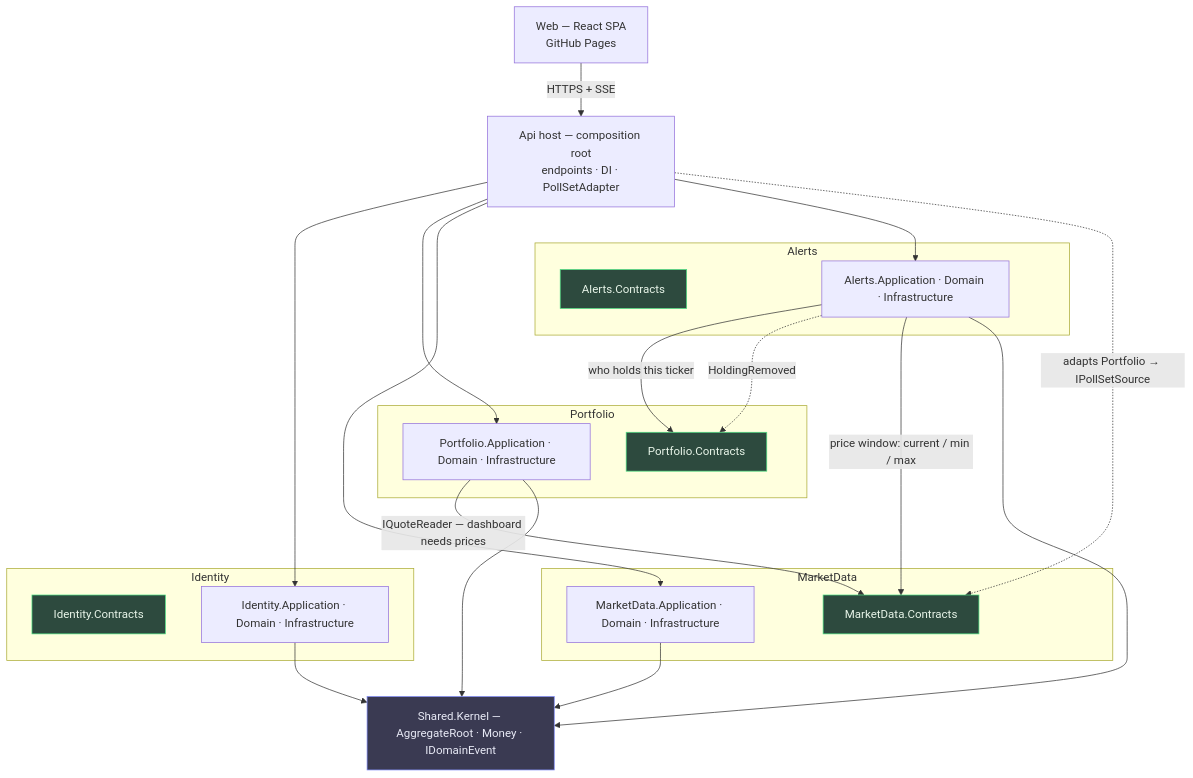
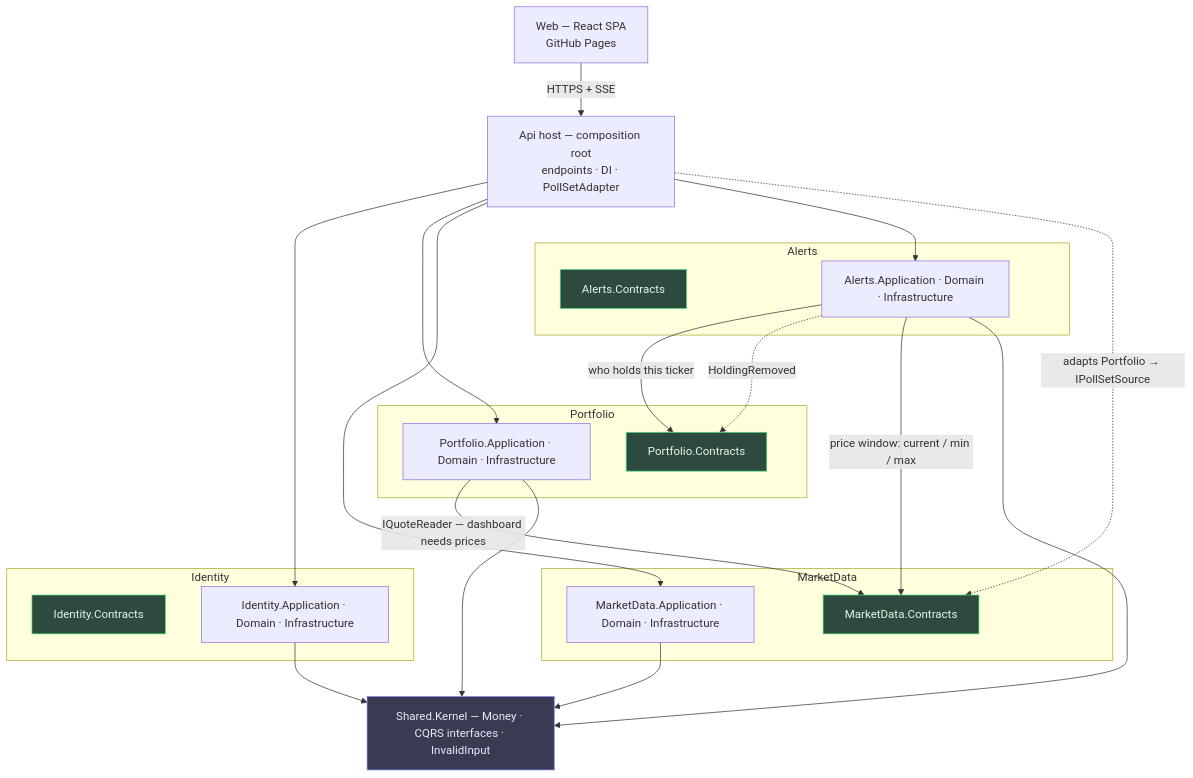
The first of 4 diagrams in docs/plan/module-interactions.md (Dilicidum/StockPortfolio), drawn with Mermaid before and after one commit. The commit also changed 10 other files, not shown here.

````diff
--- a/docs/plan/module-interactions.md
+++ b/docs/plan/module-interactions.md
@@ -9,50 +9,50 @@
 ```mermaid
 flowchart TB
     Web["Web — React SPA<br/>GitHub Pages"]
     Host["Api host — composition root<br/>endpoints · DI · PollSetAdapter"]
 
     subgraph Id["Identity"]
         IdC["Identity.Contracts"]
         IdI["Identity.Application · Domain · Infrastructure"]
     end
 
     subgraph Al["Alerts"]
         AlC["Alerts.Contracts"]
         AlI["Alerts.Application · Domain · Infrastructure"]
     end
 
     subgraph Pf["Portfolio"]
         PfC["Portfolio.Contracts"]
         PfI["Portfolio.Application · Domain · Infrastructure"]
     end
 
     subgraph Md["MarketData"]
         MdC["MarketData.Contracts"]
         MdI["MarketData.Application · Domain · Infrastructure"]
     end
 
-    SK["Shared.Kernel — AggregateRoot · Money · IDomainEvent"]
+    SK["Shared.Kernel — Money · CQRS interfaces · InvalidInput"]
 
     Web -->|HTTPS + SSE| Host
     Host --> IdI
     Host --> PfI
     Host --> MdI
     Host --> AlI
     Host -.->|"adapts Portfolio → IPollSetSource"| MdC
 
     AlI -->|"who holds this ticker"| PfC
     AlI -.->|HoldingRemoved| PfC
     AlI -->|"price window: current / min / max"| MdC
     PfI -->|"IQuoteReader — dashboard needs prices"| MdC
 
     IdI --> SK
     PfI --> SK
     MdI --> SK
     AlI --> SK
 
     style IdC fill:#2d4a3e,stroke:#4ade80,color:#e8f5e9
     style PfC fill:#2d4a3e,stroke:#4ade80,color:#e8f5e9
     style MdC fill:#2d4a3e,stroke:#4ade80,color:#e8f5e9
     style AlC fill:#2d4a3e,stroke:#4ade80,color:#e8f5e9
     style SK fill:#3a3a52,stroke:#818cf8,color:#e8eaf6
 ```
````
